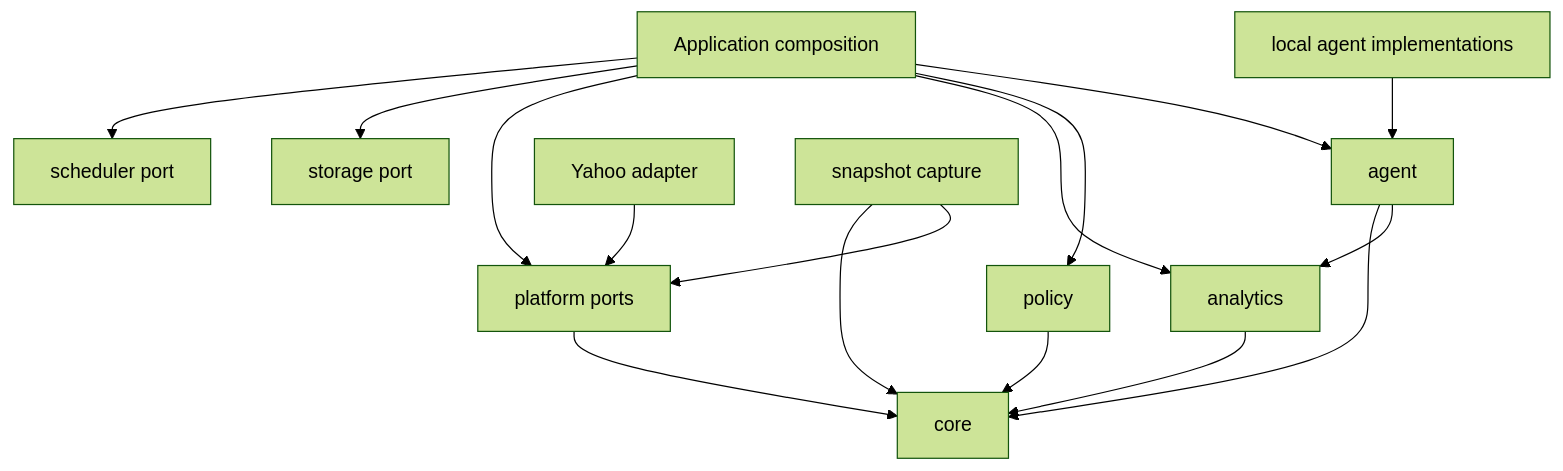
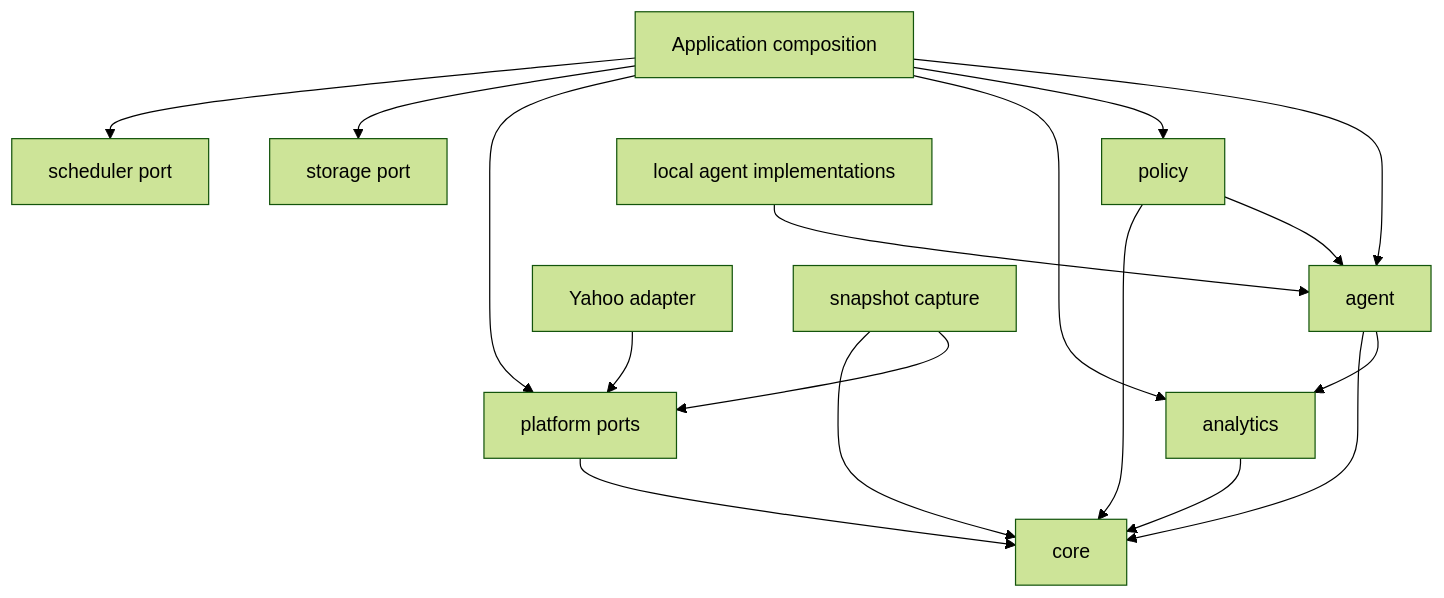
The diagram in docs/ARCHITECTURE.md (spencer-dye/eggbot), drawn with Mermaid (forest theme) before and after one commit. The commit also changed other lines of this file and 17 other files, not shown here.

````diff
--- a/docs/ARCHITECTURE.md
+++ b/docs/ARCHITECTURE.md
@@ -25,18 +25,19 @@
 ```mermaid
 flowchart TD
   CLI[Application composition] --> A[agent]
   CLI --> P[policy]
   CLI --> N[analytics]
   CLI --> FP[platform ports]
   CLI --> S[storage port]
   CLI --> J[scheduler port]
   Y[Yahoo adapter] --> FP
   AL[local agent implementations] --> A
   LS[snapshot capture] --> FP
   LS --> C
   A --> N
   A --> C[core]
+  P --> A
   P --> C
   N --> C
   FP --> C
 ```
````
